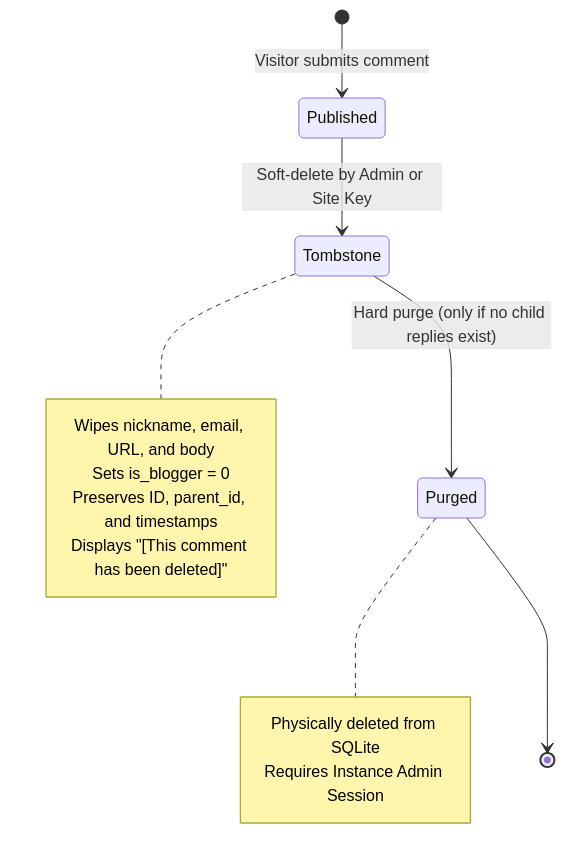
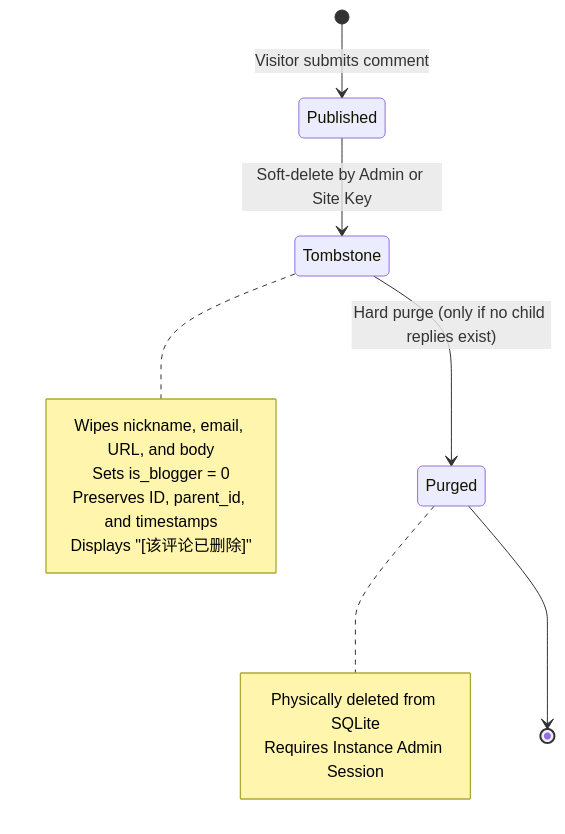
The second of 4 diagrams in docs/en/guide/concepts.md (DejavuMoe/Ecoku), drawn with Mermaid before and after one commit. The commit also changed other lines of this file and 66 other files, not shown here.

````diff
--- a/docs/en/guide/concepts.md
+++ b/docs/en/guide/concepts.md
@@ -41,17 +41,17 @@
 ```mermaid
 stateDiagram-v2
     [*] --> Published: Visitor submits comment
     Published --> Tombstone: Soft-delete by Admin or Site Key
     note right of Tombstone
       Wipes nickname, email, URL, and body
       Sets is_blogger = 0
       Preserves ID, parent_id, and timestamps
-      Displays "[This comment has been deleted]"
+      Displays "[该评论已删除]"
     end note
     Tombstone --> Purged: Hard purge (only if no child replies exist)
     note right of Purged
       Physically deleted from SQLite
       Requires Instance Admin Session
     end note
     Purged --> [*]
 ```
````
